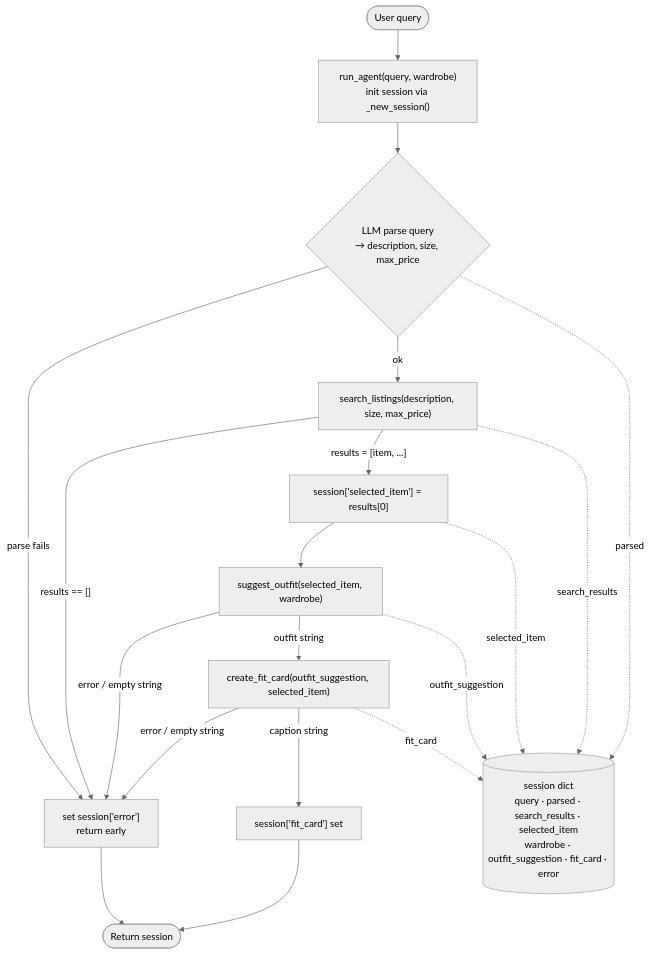
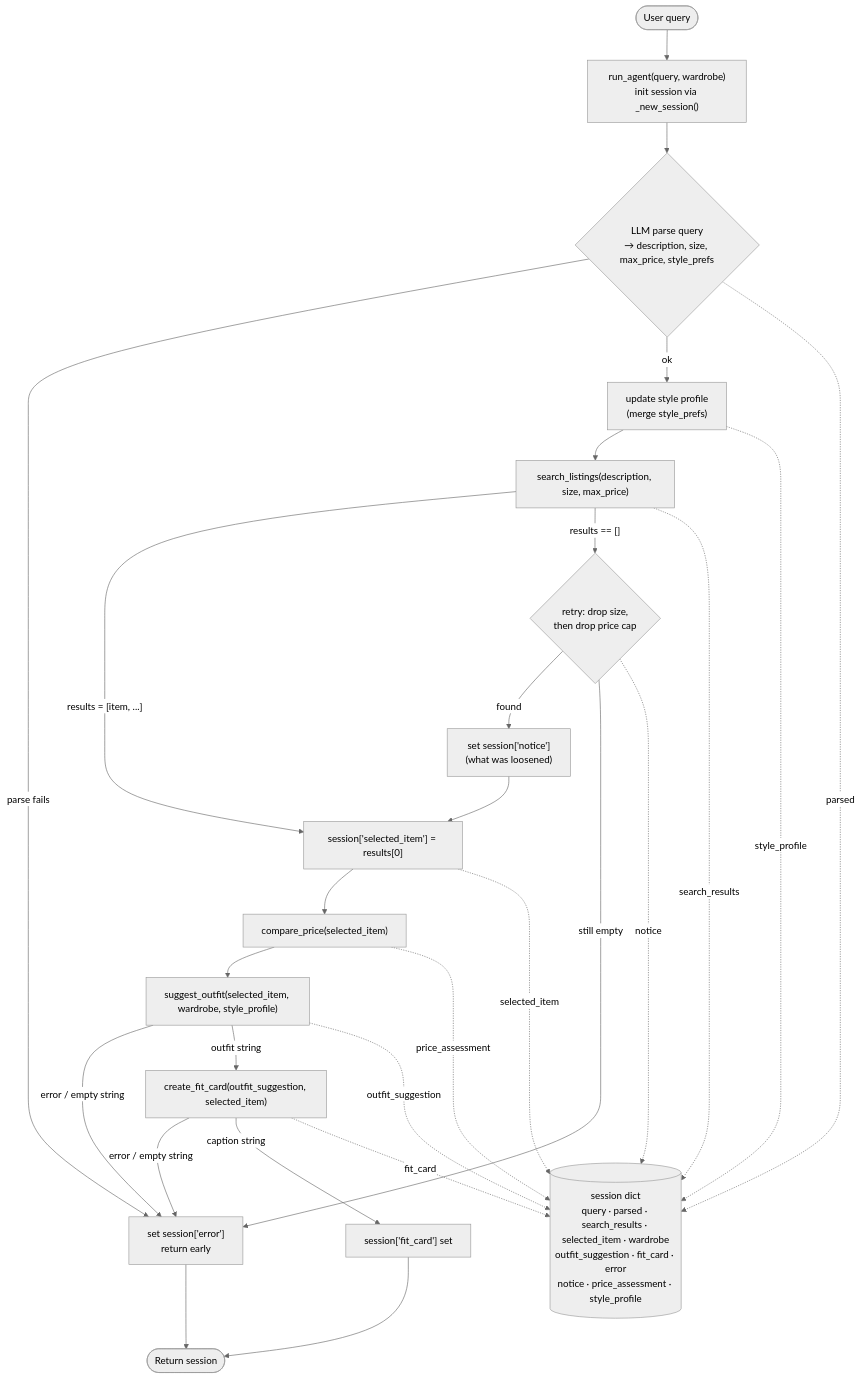
Before and after one commit to mitechzone/ai201-project2: the diagram in planning.md, drawn with Mermaid (neutral theme). The commit also changed other lines of this file and 4 other files, not shown here.

````diff
--- a/planning.md
+++ b/planning.md
@@ -158,29 +179,37 @@
 ```mermaid
 flowchart TD
     U([User query]) --> RA["run_agent(query, wardrobe)<br/>init session via _new_session()"]
 
-    RA --> P{"LLM parse query<br/>→ description, size, max_price"}
+    RA --> P{"LLM parse query<br/>→ description, size, max_price, style_prefs"}
     P -- "parse fails" --> ERR["set session['error']<br/>return early"]
-    P -- "ok" --> SL["search_listings(description, size, max_price)"]
+    P -- "ok" --> UP["update style profile<br/>(merge style_prefs)"]
+    UP --> SL["search_listings(description, size, max_price)"]
 
-    SL -- "results == []" --> ERR
     SL -- "results = [item, ...]" --> SEL["session['selected_item'] = results[0]"]
+    SL -- "results == []" --> RT{"retry: drop size,<br/>then drop price cap"}
+    RT -- "found" --> NOTE["set session['notice']<br/>(what was loosened)"]
+    RT -- "still empty" --> ERR
+    NOTE --> SEL
 
-    SEL --> SO["suggest_outfit(selected_item, wardrobe)"]
+    SEL --> CP["compare_price(selected_item)"]
+    CP --> SO["suggest_outfit(selected_item, wardrobe, style_profile)"]
     SO -- "error / empty string" --> ERR
     SO -- "outfit string" --> FC["create_fit_card(outfit_suggestion, selected_item)"]
 
     FC -- "error / empty string" --> ERR
     FC -- "caption string" --> DONE["session['fit_card'] set"]
 
     DONE --> RET([Return session])
     ERR --> RET
 
     %% shared state — each tool writes its result before the next reads it
-    SESS[("session dict<br/>query · parsed · search_results · selected_item<br/>wardrobe · outfit_suggestion · fit_card · error")]
+    SESS[("session dict<br/>query · parsed · search_results · selected_item · wardrobe<br/>outfit_suggestion · fit_card · error<br/>notice · price_assessment · style_profile")]
     P -. "parsed" .-> SESS
+    UP -. "style_profile" .-> SESS
     SL -. "search_results" .-> SESS
+    RT -. "notice" .-> SESS
     SEL -. "selected_item" .-> SESS
+    CP -. "price_assessment" .-> SESS
     SO -. "outfit_suggestion" .-> SESS
     FC -. "fit_card" .-> SESS
 ```
````
